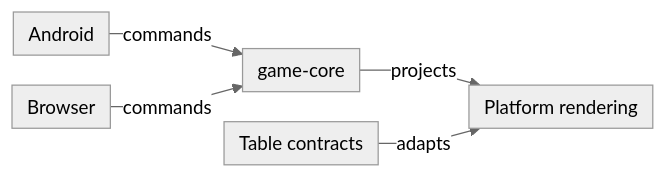
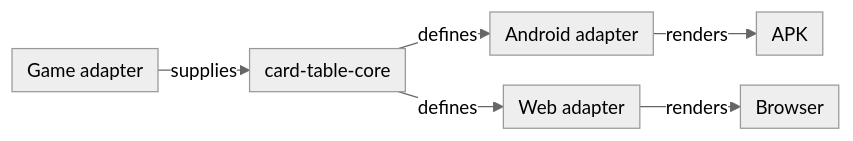
The first of 4 diagrams in README.md (crististefanita/whist), drawn with Mermaid before and after one commit. The commit also changed other lines of this file and 168 other files, not shown here.

Commit message:
Separate portable presentation and bound auditable sanity flows

````diff
--- a/README.md
+++ b/README.md
@@ -25,13 +25,15 @@
 ```mermaid
 %%{init: {"theme":"neutral","themeVariables":{"fontSize":"15px"},"themeCSS":".edgeLabel, .edgeLabel p { font-size: 12px !important; } .node rect { rx: 6px; ry: 6px; }","flowchart":{"curve":"linear","nodeSpacing":24,"rankSpacing":20,"padding":6},"sequence":{"mirrorActors":false,"messageMargin":24}}}%%
 flowchart LR
-    Android["Android"]
-    Web["Browser"]
-    Engine["game-core"]
-    Table["Table contracts"]
-    View["Platform rendering"]
-    Android -->|commands| Engine
-    Web -->|commands| Engine
-    Engine -->|projects| View
-    Table -->|adapts| View
+    GAME["Game adapter"]
+    CORE["card-table-core"]
+    ANDROID["Android adapter"]
+    WEB["Web adapter"]
+    APK["APK"]
+    BROWSER["Browser"]
+    GAME -->|supplies| CORE
+    CORE -->|defines| ANDROID
+    CORE -->|defines| WEB
+    ANDROID -->|renders| APK
+    WEB -->|renders| BROWSER
 ```
````
